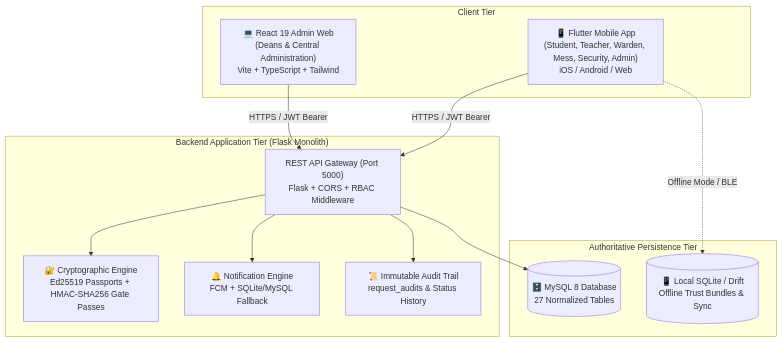
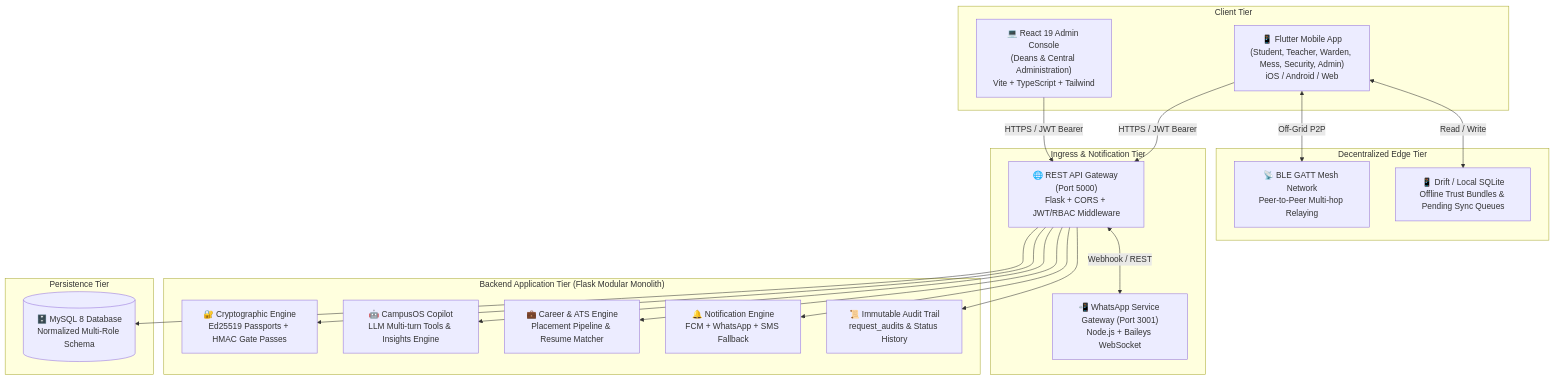
Before and after one commit to souravnanda06/CampusOS: the diagram in README.md, drawn with Mermaid. The commit also changed other lines of this file, not shown here.

Commit message:
docs: enrich README with comprehensive features, architecture, WhatsApp, Mesh, and Copilot specs

````diff
--- a/README.md
+++ b/README.md
@@ -19,27 +60,41 @@
 ```mermaid
 graph TD
     subgraph Clients["Client Tier"]
         MobileApp["📱 Flutter Mobile App<br/>(Student, Teacher, Warden, Mess, Security, Admin)<br/>iOS / Android / Web"]
-        AdminWeb["💻 React 19 Admin Web<br/>(Deans & Central Administration)<br/>Vite + TypeScript + Tailwind"]
+        AdminWeb["💻 React 19 Admin Console<br/>(Deans & Central Administration)<br/>Vite + TypeScript + Tailwind"]
     end
 
-    subgraph CoreServices["Backend Application Tier (Flask Monolith)"]
-        APIGateway["REST API Gateway (Port 5000)<br/>Flask + CORS + RBAC Middleware"]
-        CryptoService["🔐 Cryptographic Engine<br/>Ed25519 Passports + HMAC-SHA256 Gate Passes"]
-        NotificationEngine["🔔 Notification Engine<br/>FCM + SQLite/MySQL Fallback"]
+    subgraph MeshTier["Decentralized Edge Tier"]
+        BLEMesh["📡 BLE GATT Mesh Network<br/>Peer-to-Peer Multi-hop Relaying"]
+        LocalCache["📱 Drift / Local SQLite<br/>Offline Trust Bundles & Pending Sync Queues"]
+    end
+
+    subgraph Gateways["Ingress & Notification Tier"]
+        APIGateway["🌐 REST API Gateway (Port 5000)<br/>Flask + CORS + JWT/RBAC Middleware"]
+        WAGateway["📲 WhatsApp Service Gateway (Port 3001)<br/>Node.js + Baileys WebSocket"]
+    end
+
+    subgraph CoreServices["Backend Application Tier (Flask Modular Monolith)"]
+        CryptoService["🔐 Cryptographic Engine<br/>Ed25519 Passports + HMAC Gate Passes"]
+        CopilotService["🤖 CampusOS Copilot<br/>LLM Multi-turn Tools & Insights Engine"]
+        ATSPlacement["💼 Career & ATS Engine<br/>Placement Pipeline & Resume Matcher"]
+        NotificationEngine["🔔 Notification Engine<br/>FCM + WhatsApp + SMS Fallback"]
         AuditService["📜 Immutable Audit Trail<br/>request_audits & Status History"]
     end
 
-    subgraph DataStorage["Authoritative Persistence Tier"]
-        MySQL[(🗄️ MySQL 8 Database<br/>27 Normalized Tables)]
-        LocalCache[(📱 Local SQLite / Drift<br/>Offline Trust Bundles & Sync)]
+    subgraph DataStorage["Persistence Tier"]
+        MySQL[(🗄️ MySQL 8 Database<br/>Normalized Multi-Role Schema)]
     end
 
     MobileApp -->|HTTPS / JWT Bearer| APIGateway
     AdminWeb -->|HTTPS / JWT Bearer| APIGateway
-    MobileApp -.->|Offline Mode / BLE| LocalCache
+    MobileApp <-->|Off-Grid P2P| BLEMesh
+    MobileApp <-->|Read / Write| LocalCache
+    APIGateway <-->|Webhook / REST| WAGateway
     APIGateway --> CryptoService
+    APIGateway --> CopilotService
+    APIGateway --> ATSPlacement
     APIGateway --> NotificationEngine
     APIGateway --> AuditService
     APIGateway --> MySQL
 ```
````
